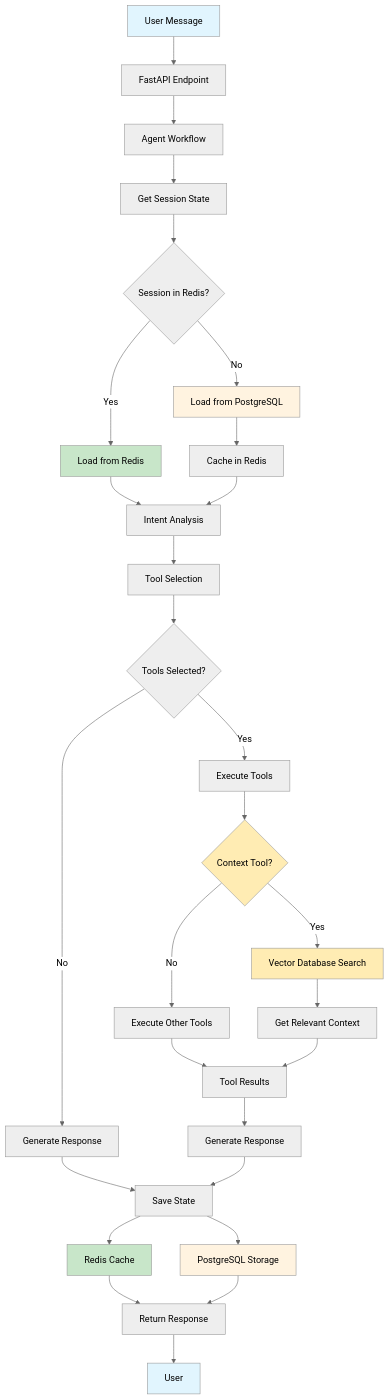
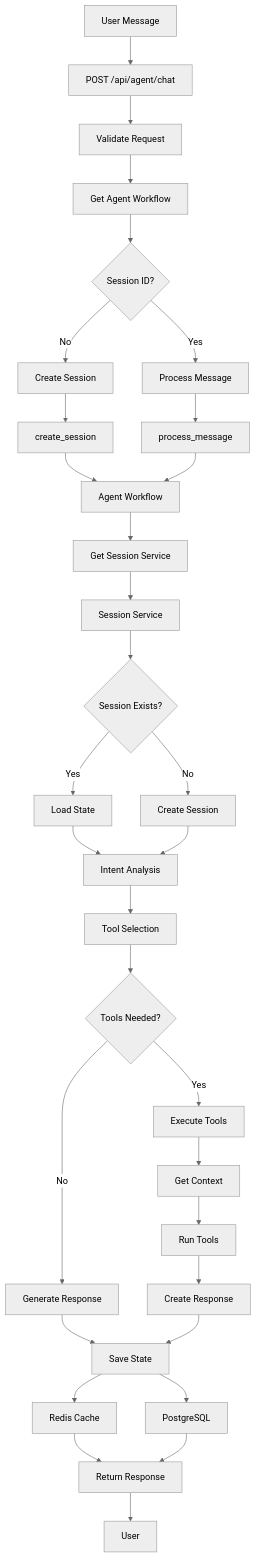
The third of 4 diagrams in README.md (py-react/agent-with-context), drawn with Mermaid (neutral theme) before and after one commit. The commit also changed other lines of this file, not shown here.

````diff
--- a/README.md
+++ b/README.md
@@ -113,39 +169,45 @@
 ```mermaid
 graph TD
-    A[User Message] --> B[FastAPI Endpoint]
-    B --> C[Agent Workflow]
-    C --> D[Get Session State]
-    D --> E{Session in Redis?}
-    E -->|Yes| F[Load from Redis]
-    E -->|No| G[Load from PostgreSQL]
-    G --> H[Cache in Redis]
-    F --> I[Intent Analysis]
-    H --> I
-    I --> J[Tool Selection]
-    J --> K{Tools Selected?}
-    K -->|Yes| L[Execute Tools]
-    K -->|No| M[Generate Response]
-    L --> N{Context Tool?}
-    N -->|Yes| O[Vector Database Search]
-    N -->|No| P[Execute Other Tools]
-    O --> Q[Get Relevant Context]
-    P --> R[Tool Results]
-    Q --> R
-    R --> S[Generate Response]
-    M --> T[Save State]
-    S --> T
-    T --> U[Redis Cache]
-    T --> V[PostgreSQL Storage]
-    U --> W[Return Response]
-    V --> W
-    W --> X[User]
+    A[User Message] --> B[POST /api/agent/chat]
+    B --> C[Validate Request]
+    C --> D[Get Agent Workflow]
+    D --> E{Session ID?}
     
-    style A fill:#e1f5fe
-    style X fill:#e1f5fe
-    style F fill:#c8e6c9
-    style G fill:#fff3e0
-    style U fill:#c8e6c9
-    style V fill:#fff3e0
-    style O fill:#ffecb3
-    style N fill:#ffecb3
+    E -->|No| F[Create Session]
+    E -->|Yes| G[Process Message]
+    
+    F --> H[create_session]
+    G --> I[process_message]
+    
+    H --> J[Agent Workflow]
+    I --> J
+    
+    J --> K[Get Session Service]
+    K --> L[Session Service]
+    L --> M{Session Exists?}
+    
+    M -->|Yes| N[Load State]
+    M -->|No| O[Create Session]
+    
+    N --> P[Intent Analysis]
+    O --> P
+    
+    P --> Q[Tool Selection]
+    Q --> R{Tools Needed?}
+    
+    R -->|Yes| S[Execute Tools]
+    R -->|No| T[Generate Response]
+    
+    S --> U[Get Context]
+    U --> V[Run Tools]
+    V --> W[Create Response]
+    
+    T --> X[Save State]
+    W --> X
+    X --> Y[Redis Cache]
+    X --> Z[PostgreSQL]
+    
+    Y --> AA[Return Response]
+    Z --> AA
+    AA --> BB[User]
 ```
````
